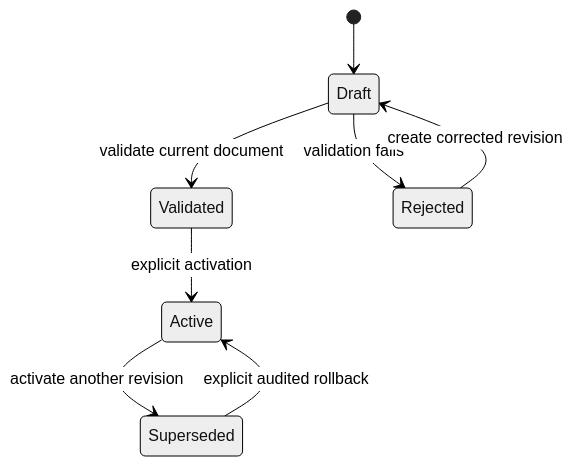
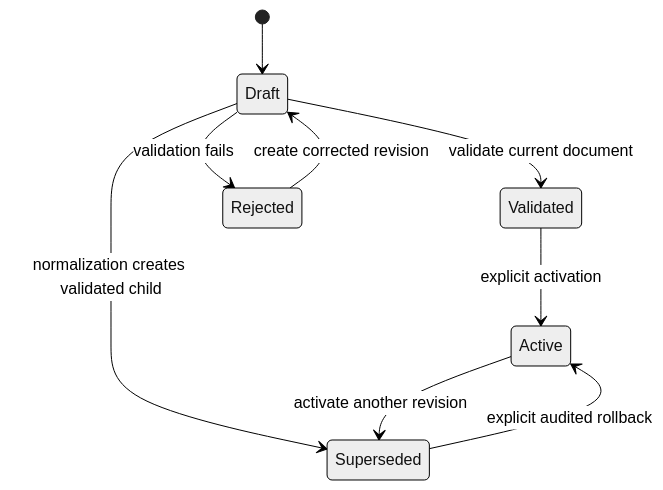
One commit to Aphifer07/triagewall changed the diagram in docs/operator-configuration-foundation.md. Above: the diagram before and after it, drawn with Mermaid (neutral theme). The commit also changed other lines of this file and 13 other files, not shown here.

````diff
--- a/docs/operator-configuration-foundation.md
+++ b/docs/operator-configuration-foundation.md
@@ -132,10 +132,11 @@
 ```mermaid
 stateDiagram-v2
     [*] --> Draft
     Draft --> Validated: validate current document
+    Draft --> Superseded: normalization creates validated child
     Draft --> Rejected: validation fails
     Rejected --> Draft: create corrected revision
     Validated --> Active: explicit activation
     Active --> Superseded: activate another revision
     Superseded --> Active: explicit audited rollback
 ```
````
